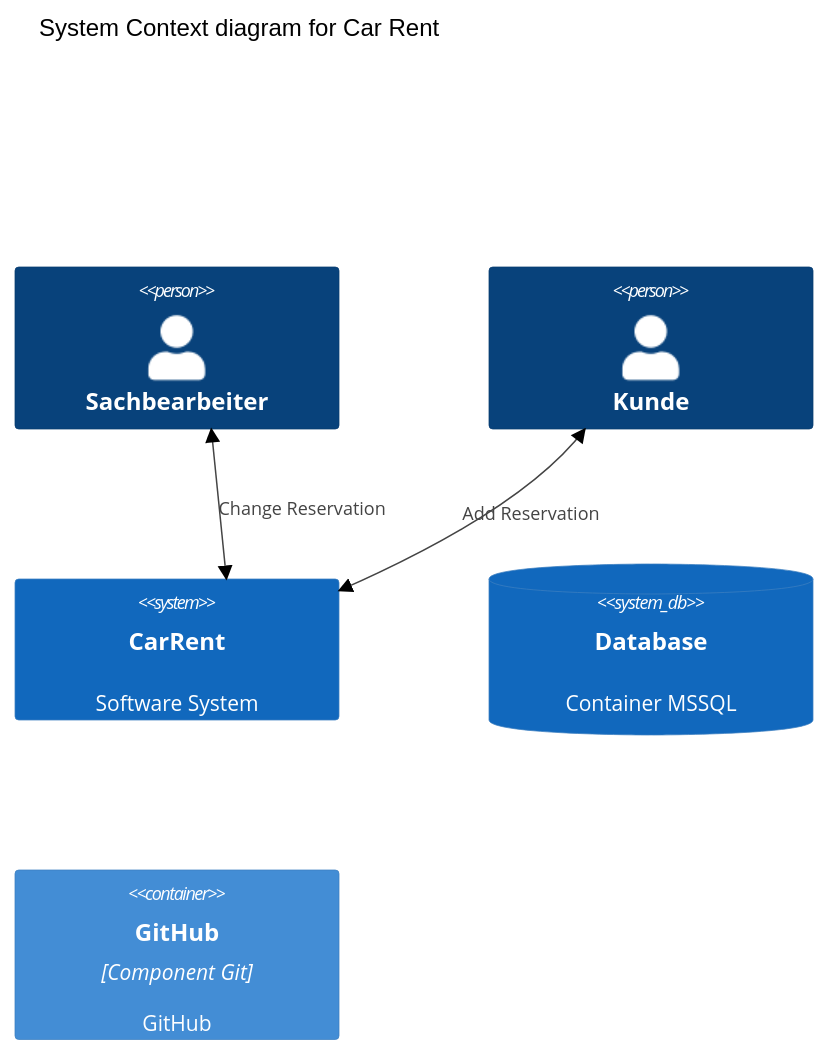
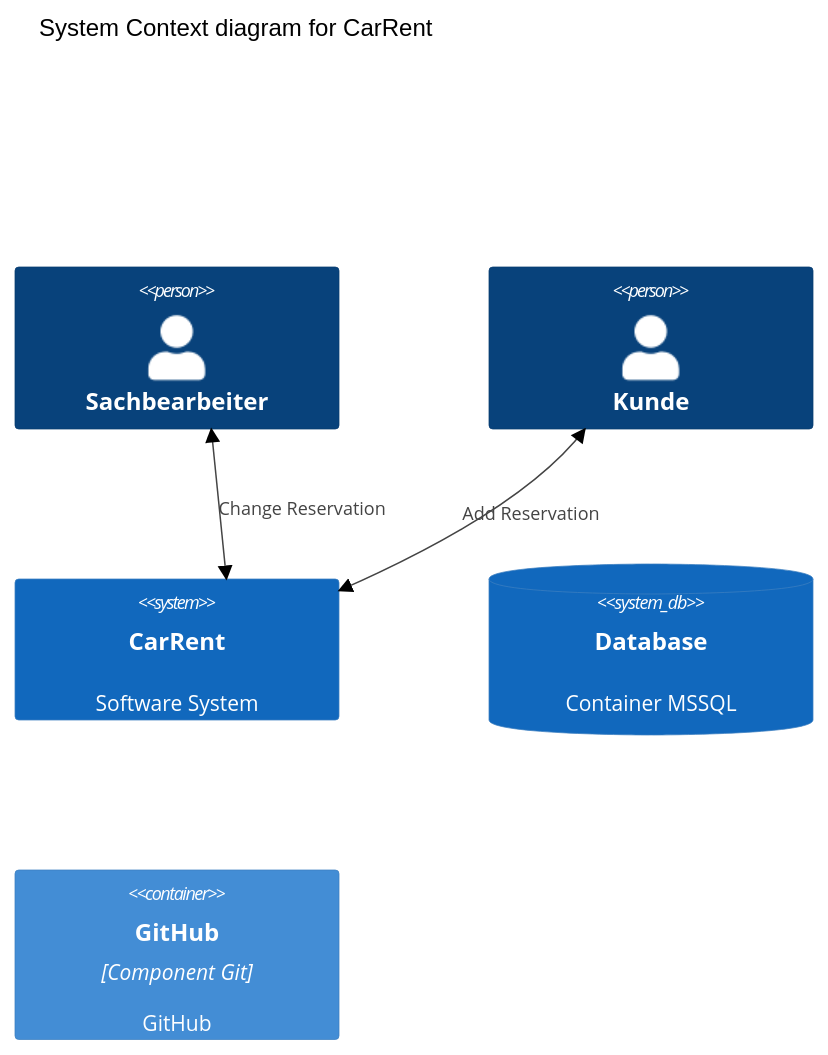
One commit to tsolenthaler/zbw-sad-carrent2124 changed the first of 2 diagrams in README.md. Above: the diagram before and after it, drawn with Mermaid (forest theme). The commit also changed other lines of this file, not shown here.

````diff
--- a/README.md
+++ b/README.md
@@ -6,14 +6,17 @@
 ```mermaid
 C4Context
-    title System Context diagram for Car Rent
+    title System Context diagram for CarRent
+
     Person(Sachbearbeiter, "Sachbearbeiter")
     Person(Kunde, "Kunde")
 
+
     System(CarRent, "CarRent", "Software System")
+
 
     SystemDb(Database, "Database", "Container MSSQL")
     Container(github, "GitHub", "Component Git", "GitHub")
 
     BiRel(Sachbearbeiter, CarRent, "Change Reservation")
     BiRel(Kunde, CarRent, "Add Reservation")
 ```
````
